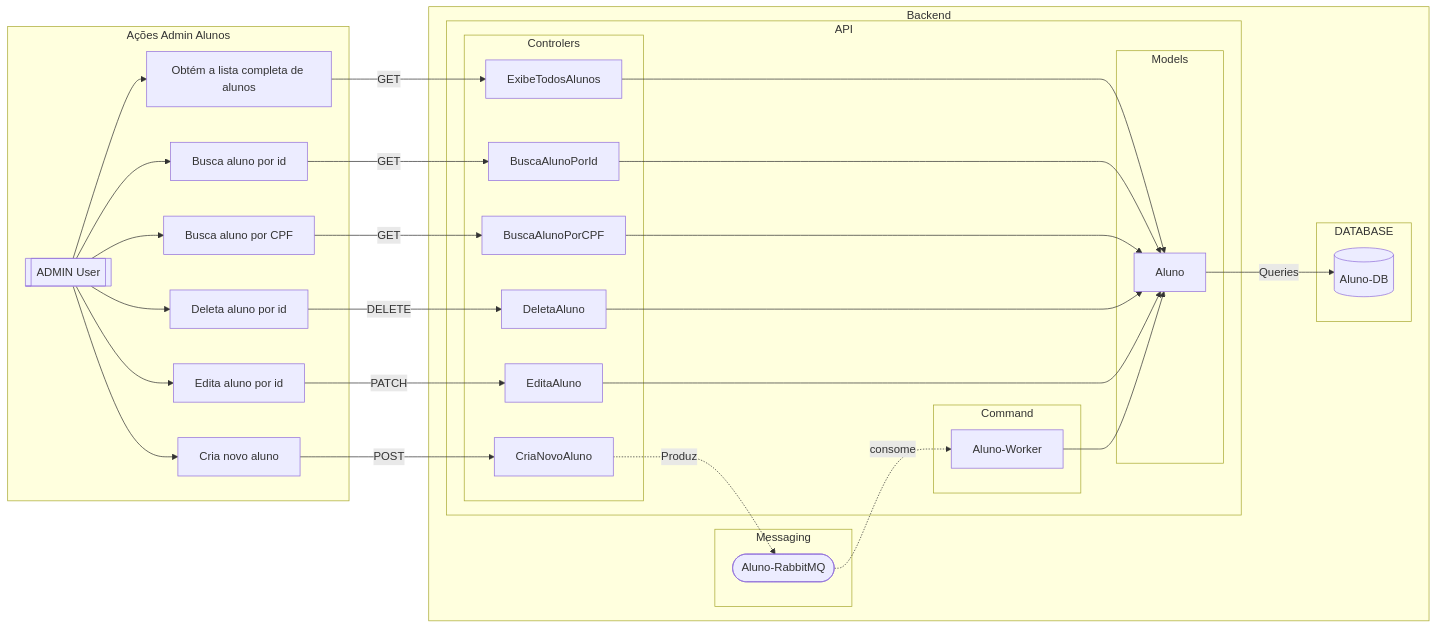
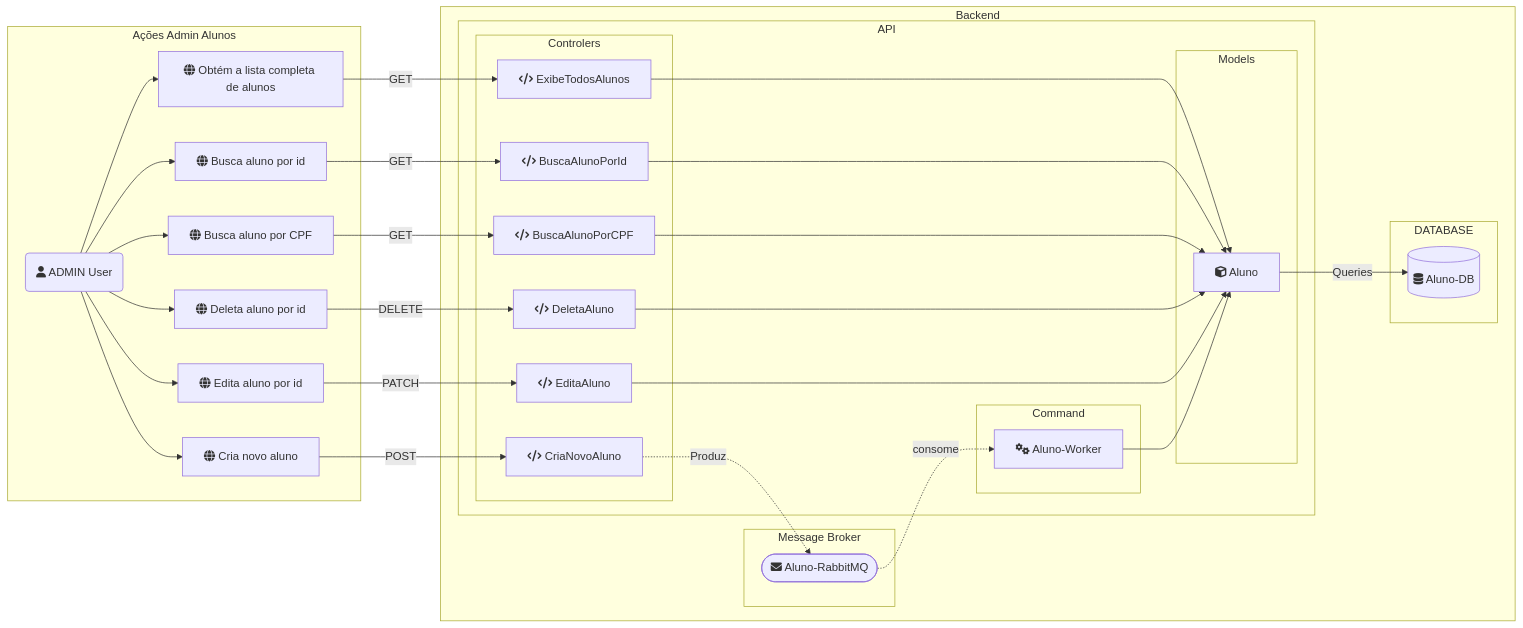
The first of 2 diagrams in README.md (jtonynet/api-gin-rest), drawn with Mermaid before and after one commit. The commit also changed other lines of this file and 18 other files, not shown here.

````diff
--- a/README.md
+++ b/README.md
@@ -145,70 +172,70 @@
 ```mermaid
 graph LR
   subgraph Ações Admin Alunos
-    A[[ADMIN User]]
-    B["Cria novo aluno"]
-    C["Obtém a lista completa de alunos"]
-    D["Busca aluno por id"]
-    E["Deleta aluno por id"]
-    F["Edita aluno por id"]
-    G["Busca aluno por CPF"]
+    A(fa:fa-user ADMIN User)
+    B["fa:fa-globe Cria novo aluno"]
+    C["fa:fa-globe Obtém a lista completa de alunos"]
+    D["fa:fa-globe Busca aluno por id"]
+    E["fa:fa-globe Deleta aluno por id"]
+    F["fa:fa-globe Edita aluno por id"]
+    G["fa:fa-globe Busca aluno por CPF"]
   end
 
   subgraph Backend 
-    subgraph Messaging
-        RabbitMQ(["Aluno-RabbitMQ"])
+    subgraph Message Broker
+        RabbitMQ(["fa:fa-envelope Aluno-RabbitMQ"])
     end
 
     subgraph API
       subgraph Command
-        Worker["Aluno-Worker"]
+        Worker["fa:fa-gears Aluno-Worker"]
       end
 
       subgraph Controlers
-        CriaNovoAluno["CriaNovoAluno"]
-        ExibeTodosAlunos["ExibeTodosAlunos"]
-        BuscaAlunoPorId["BuscaAlunoPorId"]
-        DeletaAluno["DeletaAluno"]
-        EditaAluno["EditaAluno"]
-        BuscaAlunoPorCPF["BuscaAlunoPorCPF"]
+        CriaNovoAluno["fa:fa-code CriaNovoAluno"]
+        ExibeTodosAlunos["fa:fa-code ExibeTodosAlunos"]
+        BuscaAlunoPorId["fa:fa-code BuscaAlunoPorId"]
+        DeletaAluno["fa:fa-code DeletaAluno"]
+        EditaAluno["fa:fa-code EditaAluno"]
+        BuscaAlunoPorCPF["fa:fa-code BuscaAlunoPorCPF"]
       end
 
       subgraph Models
-        Aluno["Aluno"]
+        Aluno["fa:fa-cube Aluno"]
       end
     end
 
     subgraph DATABASE
-      Aluno-DB[("Aluno-DB")]
+      Aluno-DB[("fa:fa-database Aluno-DB")]
     end 
    
   end
 
   A --> B
   A --> C
   A --> D
   A --> E
   A --> F
   A --> G
 
   C -->|GET| ExibeTodosAlunos
   D -->|GET| BuscaAlunoPorId
   E -->|DELETE| DeletaAluno
   F -->|PATCH| EditaAluno
   G -->|GET| BuscaAlunoPorCPF
 
   ExibeTodosAlunos --> Aluno
   BuscaAlunoPorId --> Aluno
   BuscaAlunoPorCPF --> Aluno
   DeletaAluno --> Aluno
   EditaAluno --> Aluno
 
   Aluno -->|Queries| Aluno-DB
   B -->|POST| CriaNovoAluno
 
   CriaNovoAluno -.->|Produz| RabbitMQ
   RabbitMQ -.->|consome| Worker
 
   Worker --> Aluno
 
 ```
````
